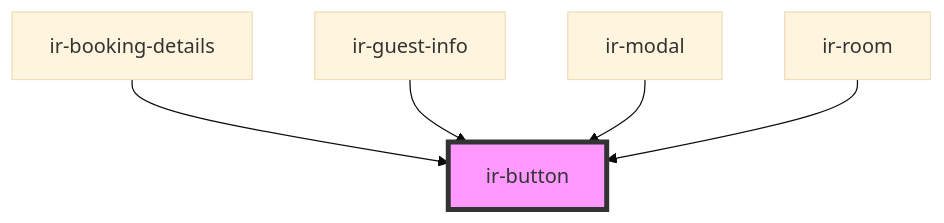
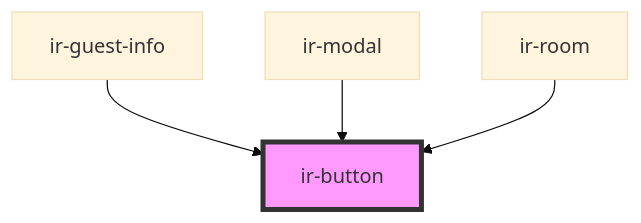
One commit to David1Chowaifaty/modified-ir-webcmp changed the diagram in src/components/ir-button/readme.md. Above: the diagram before and after it, drawn with Mermaid (base theme). The commit also changed other lines of this file and 17 other files, not shown here.

````diff
--- a/src/components/ir-button/readme.md
+++ b/src/components/ir-button/readme.md
@@ -40,8 +39,7 @@
 ```mermaid
 graph TD;
-  ir-booking-details --> ir-button
   ir-guest-info --> ir-button
   ir-modal --> ir-button
   ir-room --> ir-button
   style ir-button fill:#f9f,stroke:#333,stroke-width:4px
 ```
````
